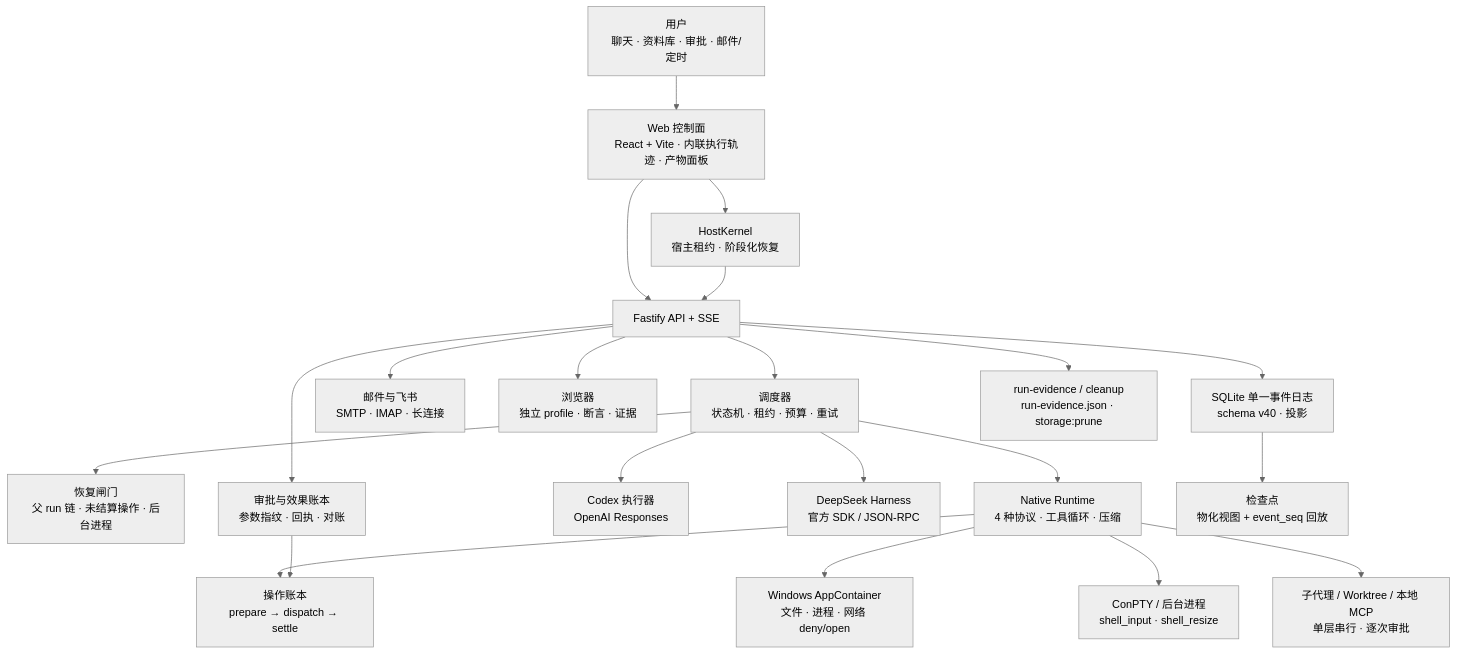
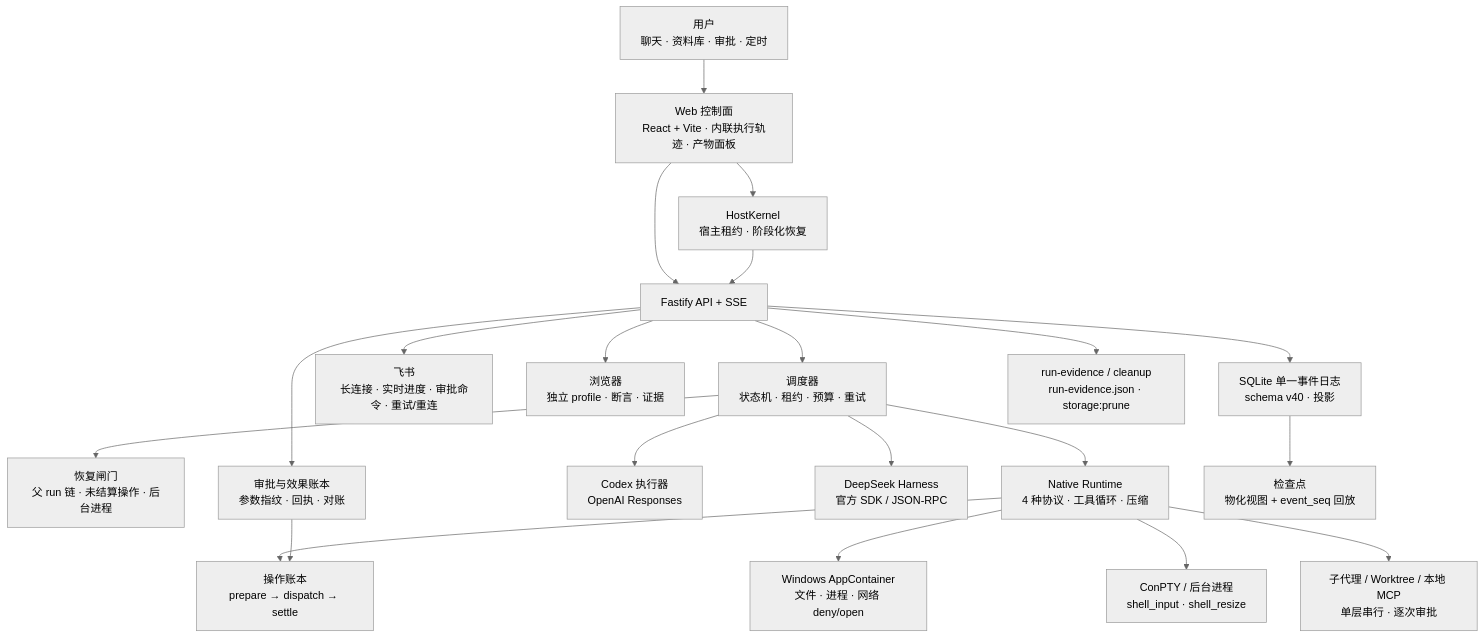
One commit to hearthproject/hearth-os changed the diagram in README.md. Above: the diagram before and after it, drawn with Mermaid (neutral theme). The commit also changed other lines of this file and 63 other files, not shown here.

````diff
--- a/README.md
+++ b/README.md
@@ -158,23 +158,23 @@
 ```mermaid
 flowchart TB
-  U["用户<br/>聊天 · 资料库 · 审批 · 邮件/定时"] --> W["Web 控制面<br/>React + Vite · 内联执行轨迹 · 产物面板"]
+  U["用户<br/>聊天 · 资料库 · 审批 · 定时"] --> W["Web 控制面<br/>React + Vite · 内联执行轨迹 · 产物面板"]
   W --> A["Fastify API + SSE"]
   W --> H["HostKernel<br/>宿主租约 · 阶段化恢复"]
   H --> A
   A --> S["调度器<br/>状态机 · 租约 · 预算 · 重试"]
   S --> R["恢复闸门<br/>父 run 链 · 未结算操作 · 后台进程"]
   S --> N["Native Runtime<br/>4 种协议 · 工具循环 · 压缩"]
   N --> O["操作账本<br/>prepare → dispatch → settle"]
   N --> SB["Windows AppContainer<br/>文件 · 进程 · 网络 deny/open"]
   N --> PT["ConPTY / 后台进程<br/>shell_input · shell_resize"]
   N --> DG["子代理 / Worktree / 本地 MCP<br/>单层串行 · 逐次审批"]
   S --> C["Codex 执行器<br/>OpenAI Responses"]
   S --> DS["DeepSeek Harness<br/>官方 SDK / JSON-RPC"]
   A --> P["审批与效果账本<br/>参数指纹 · 回执 · 对账"]
-  A --> M["邮件与飞书<br/>SMTP · IMAP · 长连接"]
+  A --> M["飞书<br/>长连接 · 实时进度 · 审批命令 · 重试/重连"]
   A --> BR["浏览器<br/>独立 profile · 断言 · 证据"]
   A --> E["SQLite 单一事件日志<br/>schema v40 · 投影"]
   E --> CK["检查点<br/>物化视图 + event_seq 回放"]
   A --> X["run-evidence / cleanup<br/>run-evidence.json · storage:prune"]
   P --> O
 ```
````
